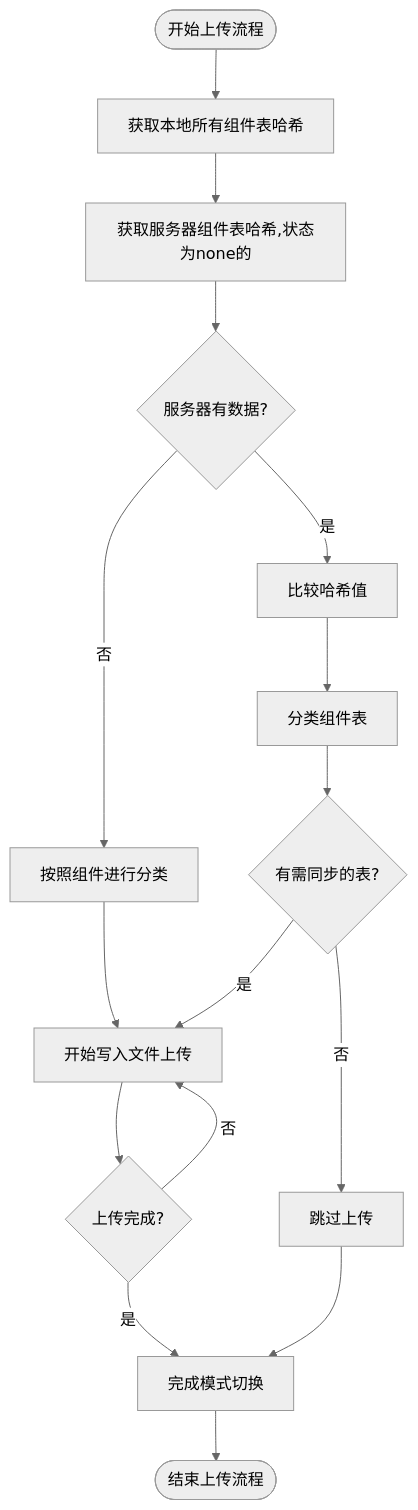
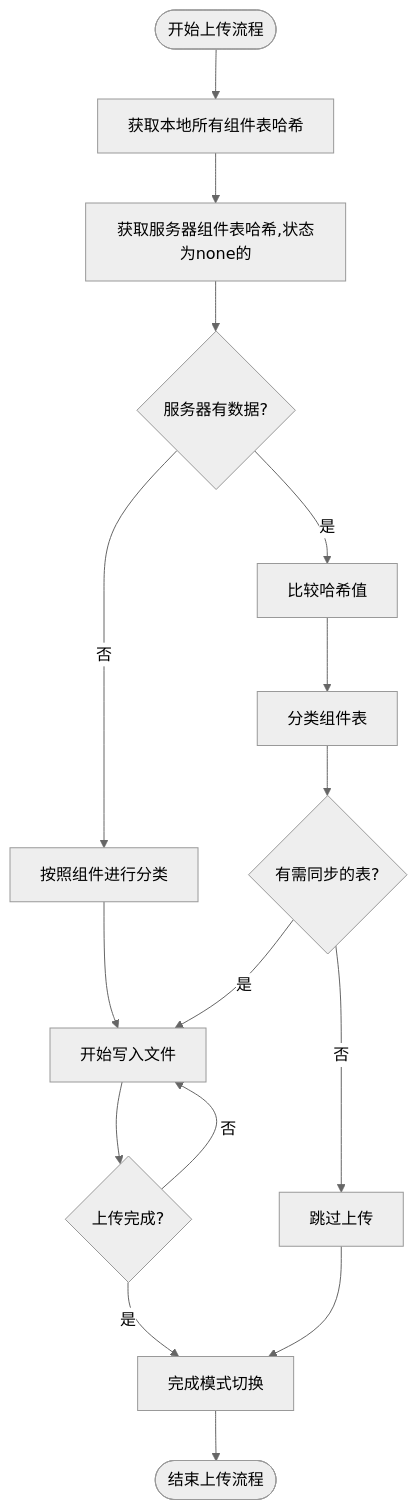
The diagram in all/未命名-59.md (yingjianzh/iodraw-files), drawn with Mermaid (neutral theme) before and after one commit.

Commit message:
2025-05-14 15:50:08 update

````diff
--- a/all/未命名-59.md
+++ b/all/未命名-59.md
@@ -1,32 +1,32 @@
 ```mermaid
 
 flowchart TD
     Start([开始上传流程]) --> CollectLocalHashes[获取本地所有组件表哈希]
     CollectLocalHashes --> FetchServerHashes[获取服务器组件表哈希,状态为none的]
     
     FetchServerHashes --> ServerHasData{服务器有数据?}
     
     ServerHasData -->|是| CompareHashes[比较哈希值]
     ServerHasData -->|否| ClassifyTables2[按照组件进行分类]
-    ClassifyTables2 --> StartBatching[开始写入文件上传]
+    ClassifyTables2 --> StartBatching[开始写入文件]
     
     CompareHashes --> ClassifyTables[分类组件表]
     ClassifyTables --> HasChanges{有需同步的表?}
     
     HasChanges -->|否| SkipUpload[跳过上传]
     HasChanges -->|是| StartBatching
     
     StartBatching --> UploadComplete{上传完成?}
 
 
     UploadComplete -->|是| FinalizeMode[完成模式切换]
     UploadComplete -->|否| StartBatching
 
     
     
     FinalizeMode --> End([结束上传流程])
     
     SkipUpload --> FinalizeMode
 
 
 ```
````
